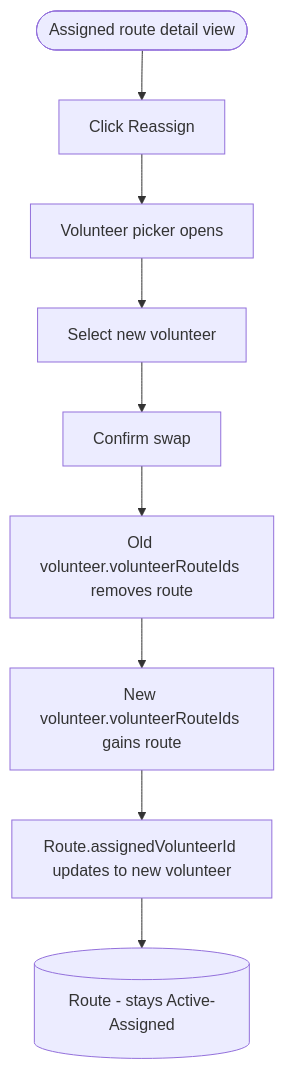
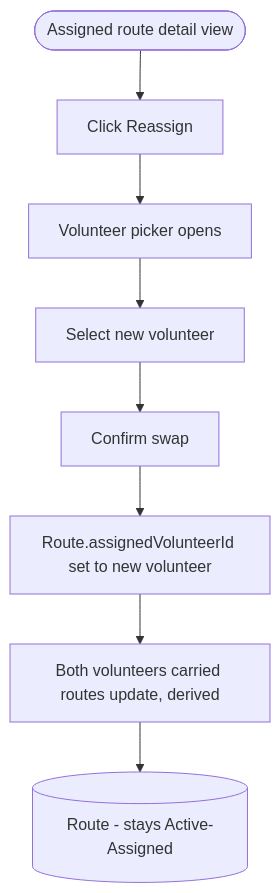
The eighth of 10 diagrams in docs/flows/route_management_flow.md (uwblueprint/beach-metro), drawn with Mermaid before and after one commit. The commit also changed other lines of this file and 4 other files, not shown here.

````diff
--- a/docs/flows/route_management_flow.md
+++ b/docs/flows/route_management_flow.md
@@ -223,11 +223,10 @@
 ```mermaid
 flowchart TD
     Start([Assigned route detail view]) --> Click[Click Reassign]
     Click --> Picker[Volunteer picker opens]
     Picker --> Pick[Select new volunteer]
     Pick --> Confirm[Confirm swap]
-    Confirm --> OldOff[Old volunteer.volunteerRouteIds removes route]
-    OldOff --> NewOn[New volunteer.volunteerRouteIds gains route]
-    NewOn --> RouteUpdate[Route.assignedVolunteerId updates to new volunteer]
-    RouteUpdate --> StillAssigned[(Route - stays Active-Assigned)]
+    Confirm --> RouteUpdate[Route.assignedVolunteerId set to new volunteer]
+    RouteUpdate --> Derived[Both volunteers carried routes update, derived]
+    Derived --> StillAssigned[(Route - stays Active-Assigned)]
 ```
````
